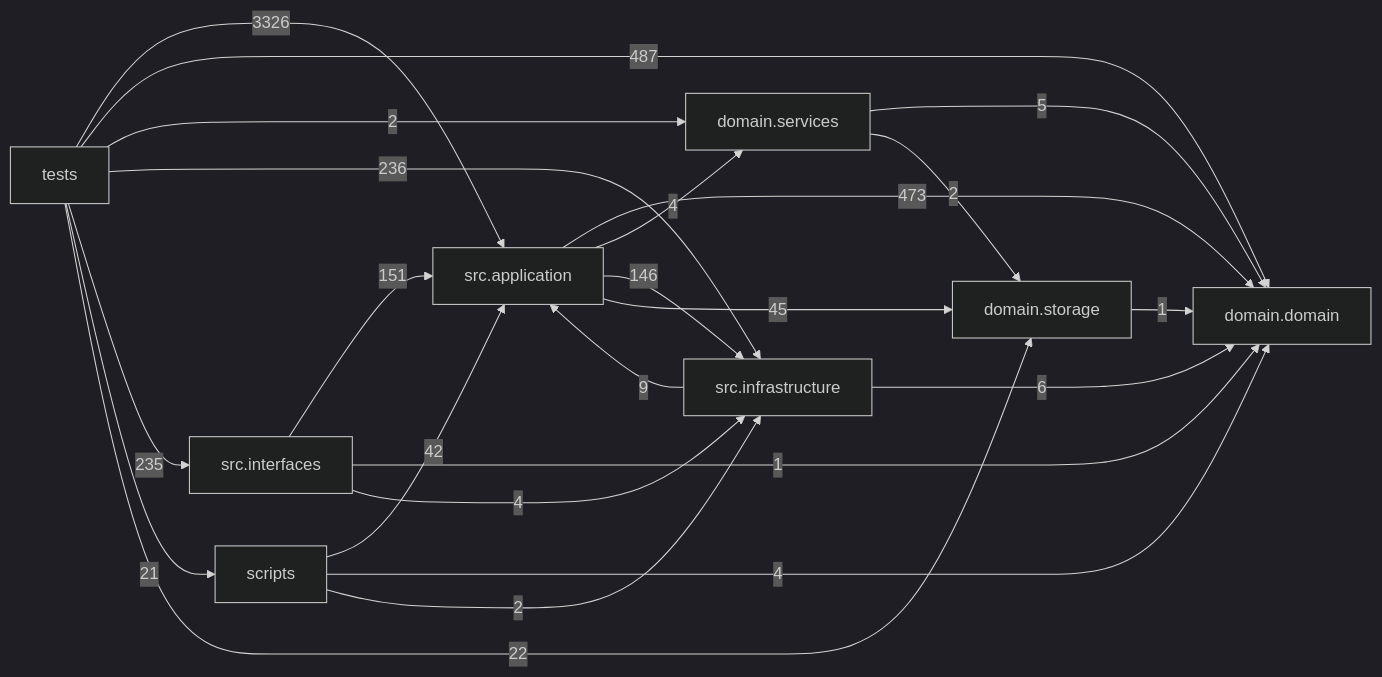
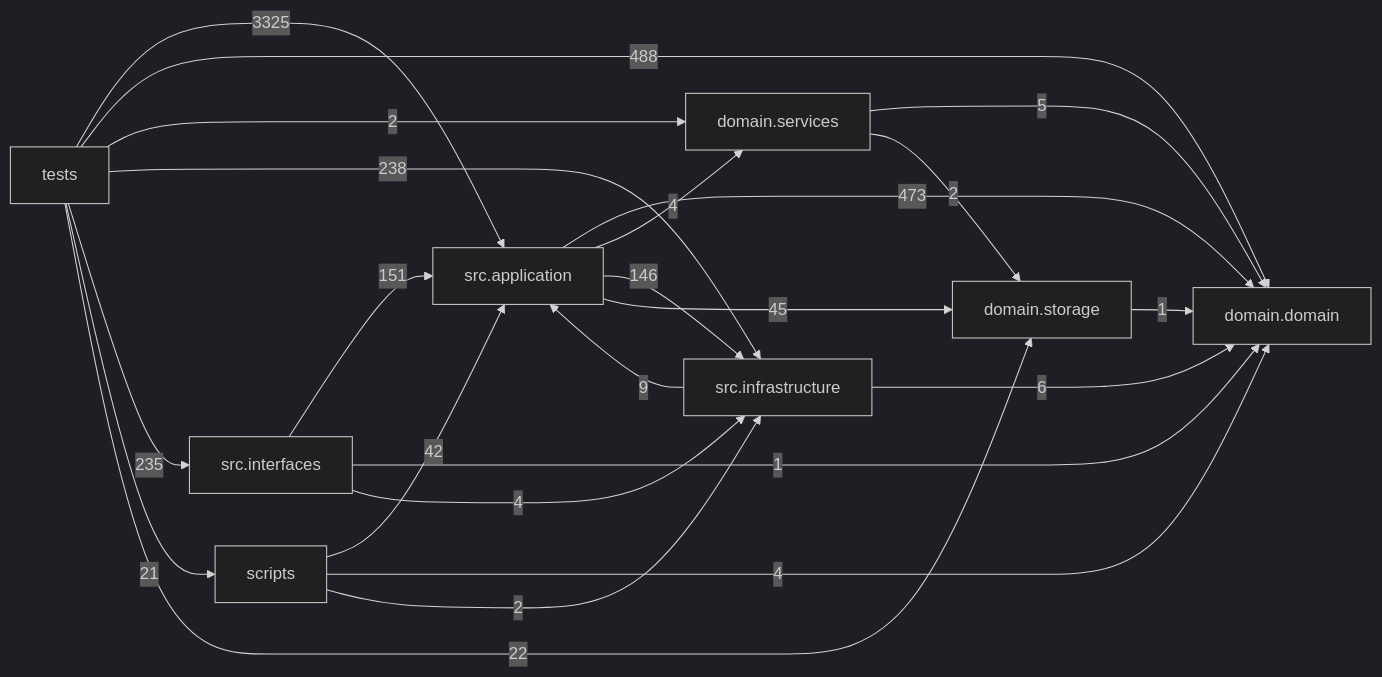
The diagram in docs/DEPENDENCY_GRAPH.md (liuxie066/options-monitor), drawn with Mermaid (dark theme) before and after one commit. The commit also changed other lines of this file and 15 other files, not shown here.

````diff
--- a/docs/DEPENDENCY_GRAPH.md
+++ b/docs/DEPENDENCY_GRAPH.md
@@ -24,33 +24,33 @@
 ```mermaid
 flowchart LR
   tests["tests"]
   scripts["scripts"]
   interfaces["src.interfaces"]
   application["src.application"]
   infrastructure["src.infrastructure"]
   domain_services["domain.services"]
   domain["domain.domain"]
   storage["domain.storage"]
   application -->|473| domain
   application -->|4| domain_services
   application -->|146| infrastructure
   application -->|45| storage
   domain_services -->|5| domain
   domain_services -->|2| storage
   infrastructure -->|9| application
   infrastructure -->|6| domain
   interfaces -->|151| application
   interfaces -->|1| domain
   interfaces -->|4| infrastructure
   scripts -->|42| application
   scripts -->|4| domain
   scripts -->|2| infrastructure
   storage -->|1| domain
-  tests -->|3326| application
-  tests -->|487| domain
+  tests -->|3325| application
+  tests -->|488| domain
   tests -->|2| domain_services
-  tests -->|236| infrastructure
+  tests -->|238| infrastructure
   tests -->|235| interfaces
   tests -->|21| scripts
   tests -->|22| storage
 ```
````
